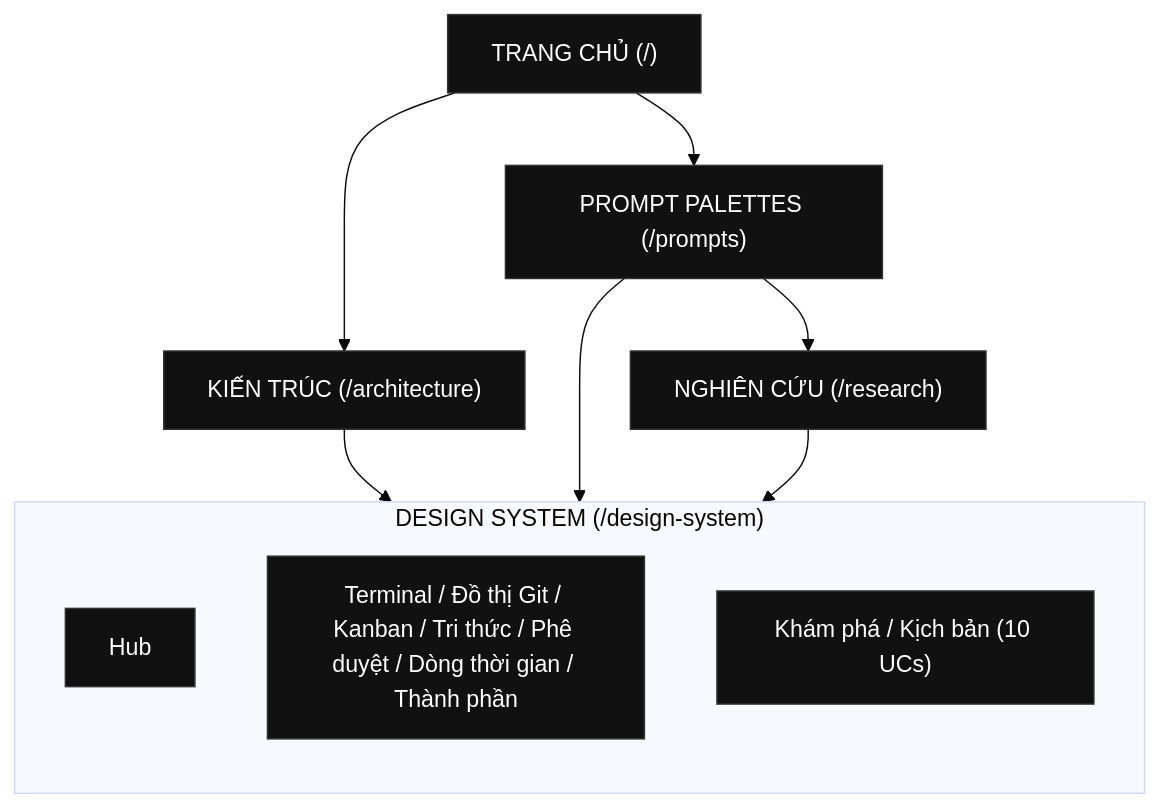
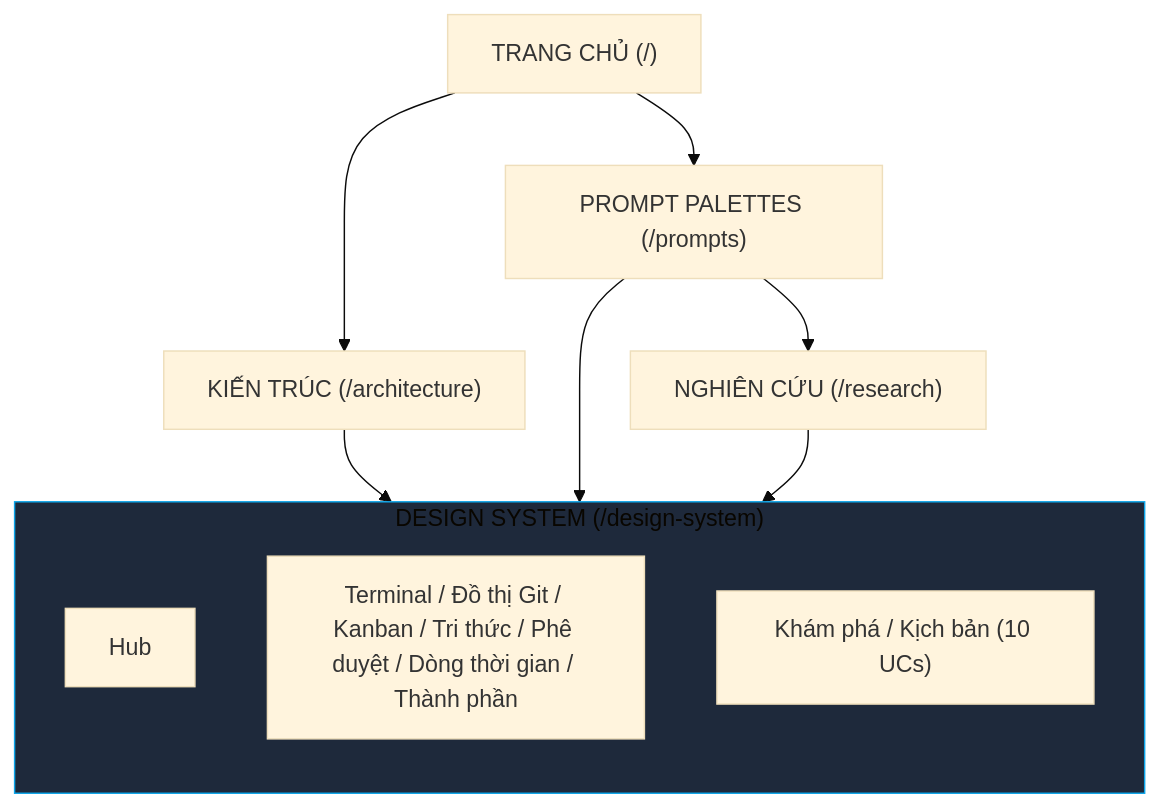
Diagram 12 of 13 in docs/PRDs/apps-website/PRD-00-Website-Structure.md (duyhunghd6/gmind), drawn with Mermaid (base theme) before and after one commit. The commit also changed other lines of this file and 1 other file, not shown here.

First line of the commit message:
docs(PRD-00): fix Mermaid diagram syntax errors and remove HTML tags

````diff
--- a/docs/PRDs/apps-website/PRD-00-Website-Structure.md
+++ b/docs/PRDs/apps-website/PRD-00-Website-Structure.md
@@ -557,25 +557,23 @@
 ```mermaid
 graph TD
-    classDef default fill:#111,stroke:#333,stroke-width:1px,color:#fff;
-    classDef ds fill:#1e293b,stroke:#0ea5e9,stroke-width:1px,color:#fff;
-
     Home["TRANG CHỦ (/)"]
     Arch["KIẾN TRÚC (/architecture)"]
     Prompts["PROMPT PALETTES (/prompts)"]
     Research["NGHIÊN CỨU (/research)"]
     
     subgraph DS["DESIGN SYSTEM (/design-system)"]
         direction TB
         DS_Hub["Hub"]
         DS_Sub1["Terminal / Đồ thị Git / Kanban / Tri thức / Phê duyệt / Dòng thời gian / Thành phần"]
         DS_Sub2["Khám phá / Kịch bản (10 UCs)"]
     end
-    class DS ds;
 
     Home --> Arch
     Home --> Prompts
     Arch --> DS
     Prompts --> Research
     Prompts --> DS
     Research --> DS
+
+    style DS fill:#1e293b,stroke:#0ea5e9,stroke-width:1px
 ```
````
